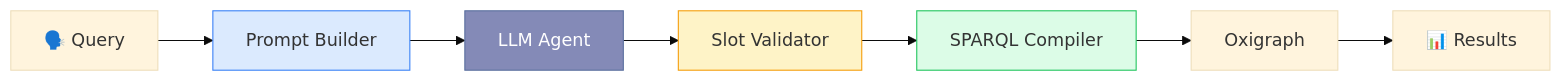
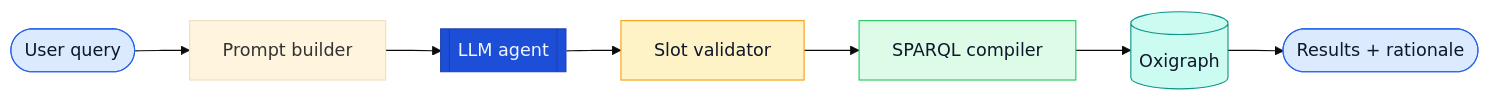
One commit to ASCS-eV/ontology-based-nl-search changed the diagram in apps/docs/slides/index.md. Above: the diagram before and after it, drawn with Mermaid (base theme). The commit also changed other lines of this file and 3 other files, not shown here.

````diff
--- a/apps/docs/slides/index.md
+++ b/apps/docs/slides/index.md
@@ -49,13 +80,21 @@
 ```mermaid
-graph LR
-    Q["🗣️ Query"] --> PB["Prompt Builder"]
-    PB --> A["LLM Agent"]
-    A --> SV["Slot Validator"]
-    SV --> C["SPARQL Compiler"]
-    C --> X["Oxigraph"]
-    X --> R["📊 Results"]
-    style PB fill:#dbeafe,stroke:#3b82f6
-    style A fill:#848ab7,stroke:#5a6f9f,color:#fff
-    style SV fill:#fef3c7,stroke:#f59e0b
-    style C fill:#dcfce7,stroke:#22c55e
+flowchart LR
+    Q([User query]) --> P[Prompt builder]
+    P --> A[[LLM agent]]
+    A --> V[Slot validator]
+    V --> C[SPARQL compiler]
+    C --> O[(Oxigraph)]
+    O --> R([Results + rationale])
+
+    classDef input fill:#dbeafe,stroke:#2563eb,color:#0f172a;
+    classDef llm fill:#1d4ed8,stroke:#1e40af,color:#eff6ff;
+    classDef guard fill:#fef3c7,stroke:#f59e0b,color:#0f172a;
+    classDef compiler fill:#dcfce7,stroke:#22c55e,color:#0f172a;
+    classDef store fill:#ccfbf1,stroke:#0d9488,color:#0f172a;
+
+    class Q,R input;
+    class A llm;
+    class V guard;
+    class C compiler;
+    class O store;
 ```
````
